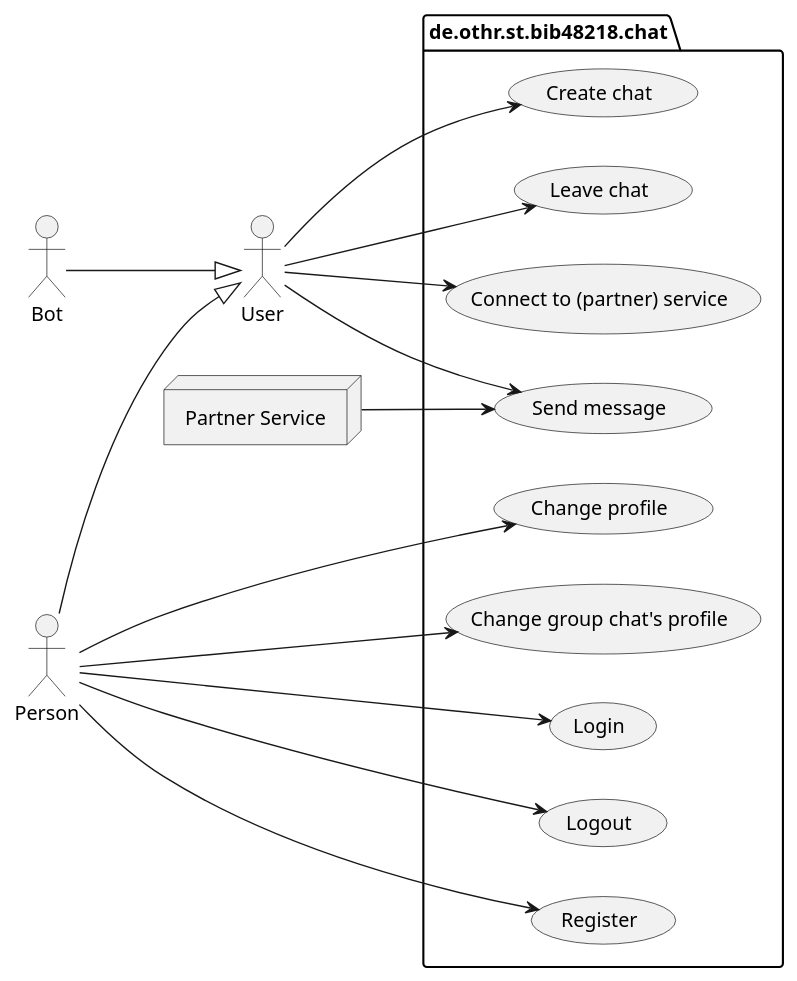
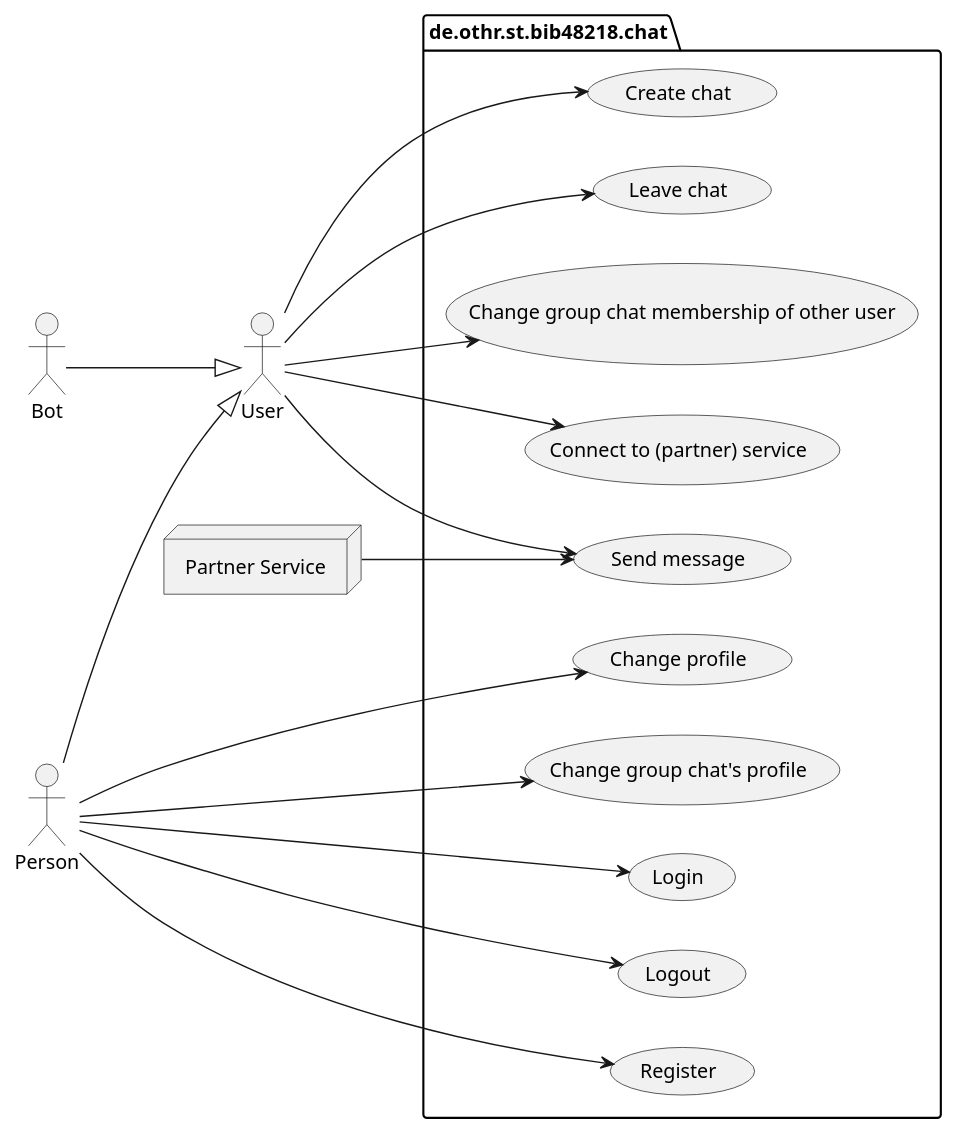
Before and after one commit to bbenno/oth-sw: the diagram in src/doc/uml-usecase.puml, drawn with PlantUML.

Commit message:
Add UC "change membership"

```diff
--- a/src/doc/uml-usecase.puml
+++ b/src/doc/uml-usecase.puml
@@ -1,42 +1,44 @@
 @startuml chat-usecase
 skinparam monochrome true
 left to right direction
 
 ' actors
 actor "User" as u
 actor "Person" as p
 actor "Bot" as b
 node "Partner Service" as s
 
 ' actor hierarchy
 p -down-|> u
 b -down-|> u
 
 ' use cases
 package "de.othr.st.bib48218.chat" {
   usecase "Login" as oUC1
   usecase "Logout" as oUC2
   usecase "Register" as oUC3
   usecase "Change profile" as oUC4
 
   usecase "Send message" as mUC
   ' Chating use cases
   usecase "Create chat" as cUC1
   usecase "Leave chat" as cUC2
   usecase "Change group chat's profile" as cUC3
+  usecase "Change group chat membership of other user" as cUC4
   ' Connecting to partners use cases
   usecase "Connect to (partner) service" as pUC
 }
 
 '  link actor User with use cases
 p --> oUC1
 p --> oUC2
 p --> oUC3
 p --> oUC4
 p --> cUC3
 s --> mUC
 u --> mUC
 u --> cUC1
 u --> cUC2
+u --> cUC4
 u --> pUC
 @enduml
```
